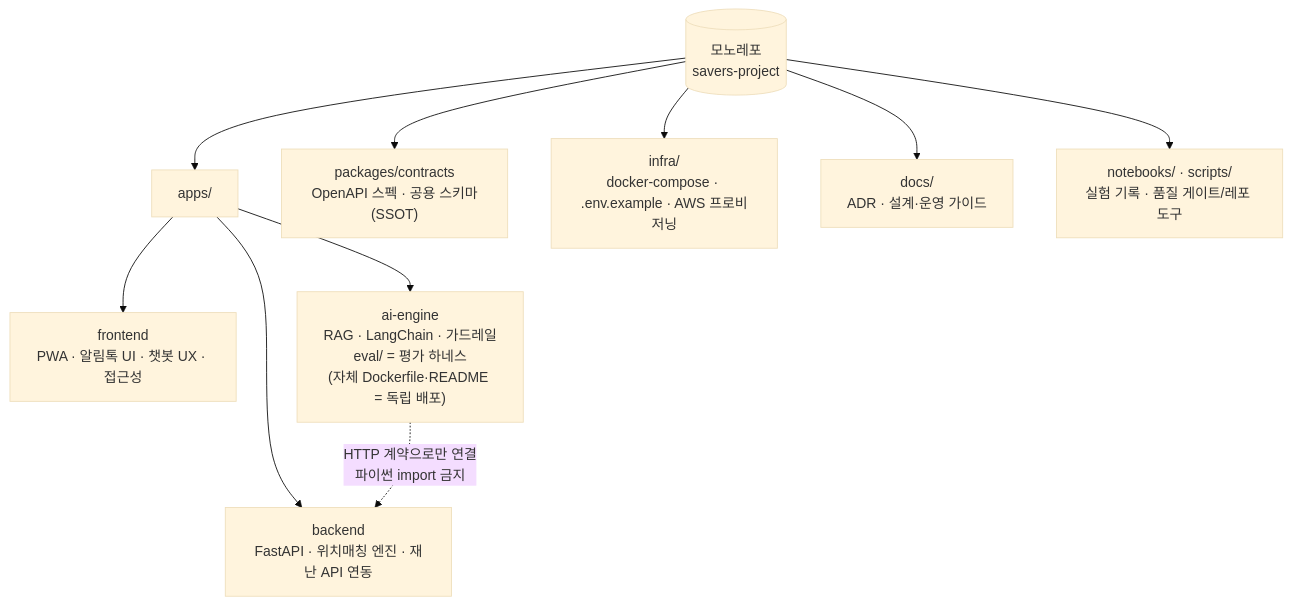
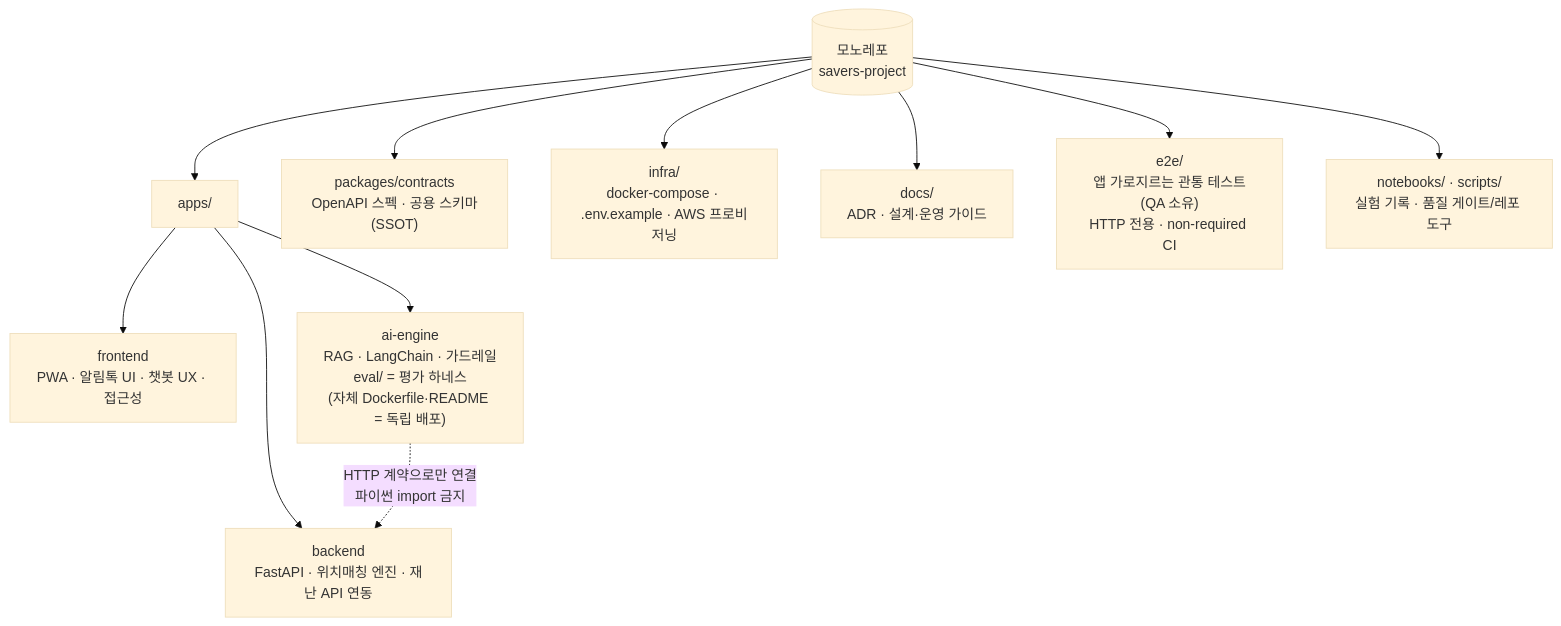
The fourth of 4 diagrams in docs/공통_가이드/아키텍처.md (team-savers/savers-project), drawn with Mermaid (base theme) before and after one commit. The commit also changed other lines of this file and 27 other files, not shown here.

````diff
--- a/docs/공통_가이드/아키텍처.md
+++ b/docs/공통_가이드/아키텍처.md
@@ -111,15 +111,16 @@
 ```mermaid
 flowchart TB
     REPO[("모노레포<br/>savers-project")]
     REPO --> APPS["apps/"]
     REPO --> PKG["packages/contracts<br/>OpenAPI 스펙 · 공용 스키마(SSOT)"]
     REPO --> INFRA2["infra/<br/>docker-compose · .env.example · AWS 프로비저닝"]
     REPO --> DOCS["docs/<br/>ADR · 설계·운영 가이드"]
+    REPO --> E2E["e2e/<br/>앱 가로지르는 관통 테스트(QA 소유)<br/>HTTP 전용 · non-required CI"]
     REPO --> TOOL["notebooks/ · scripts/<br/>실험 기록 · 품질 게이트/레포 도구"]
 
     APPS --> FE["frontend<br/>PWA · 알림톡 UI · 챗봇 UX · 접근성"]
     APPS --> BE["backend<br/>FastAPI · 위치매칭 엔진 · 재난 API 연동"]
     APPS --> AI["ai-engine<br/>RAG · LangChain · 가드레일<br/>eval/ = 평가 하네스<br/>(자체 Dockerfile·README = 독립 배포)"]
 
     AI -.HTTP 계약으로만 연결<br/>파이썬 import 금지.-> BE
 ```
````
